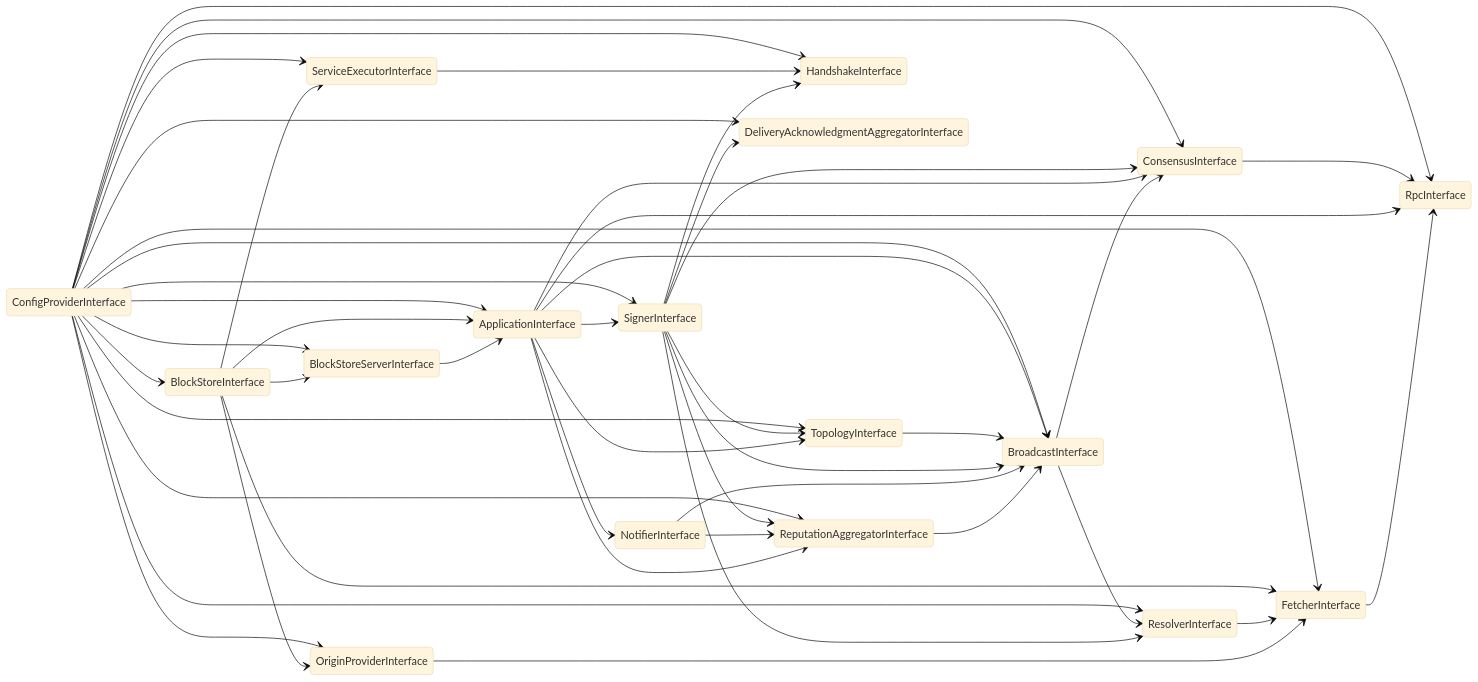
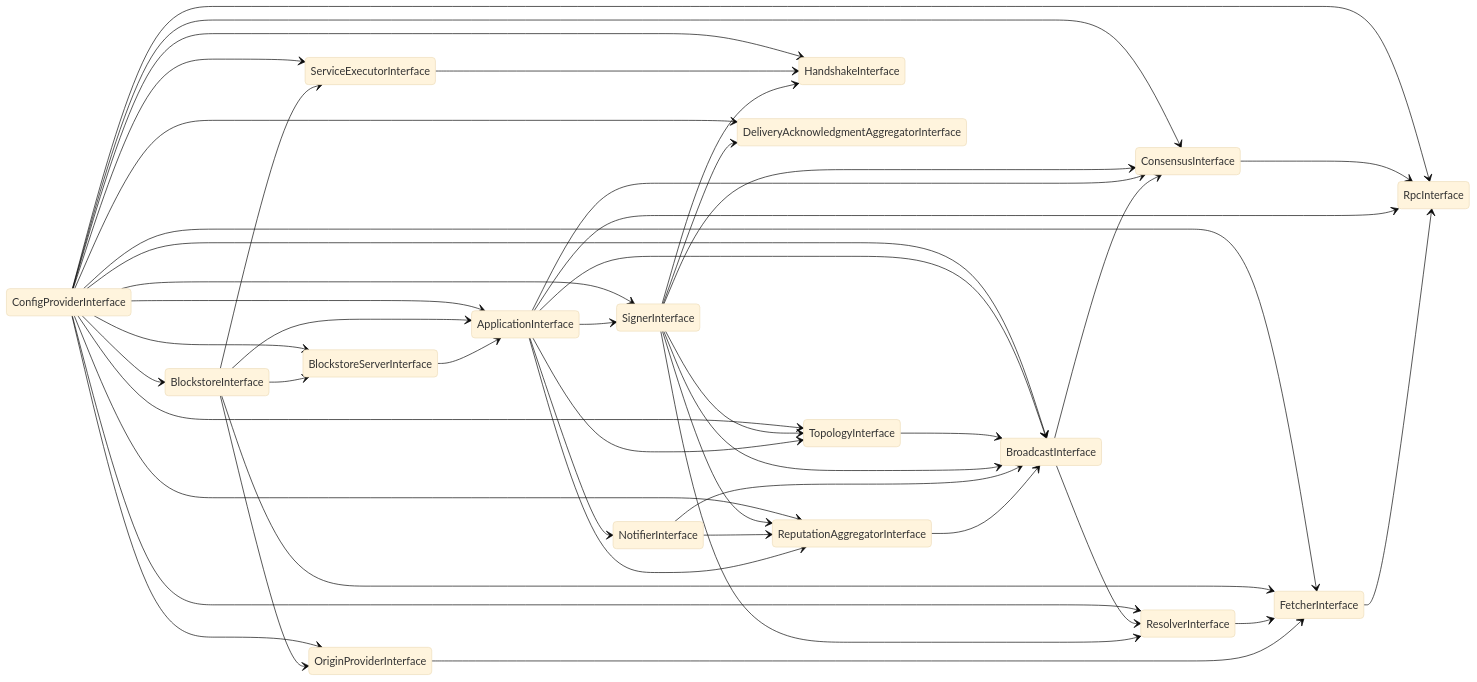
Before and after one commit to fleek-network/lightning: the diagram in core/cli/development.md, drawn with Mermaid (base theme). The commit also changed 46 other files, not shown here.

Commit message:
refactor: s/BlockStore/Blockstore/g

````diff
--- a/core/cli/development.md
+++ b/core/cli/development.md
@@ -6,50 +6,50 @@
 ```mermaid
 stateDiagram-v2
   direction LR
   ConfigProviderInterface --> ApplicationInterface
-  BlockStoreInterface --> ApplicationInterface
-  BlockStoreServerInterface --> ApplicationInterface
-  ConfigProviderInterface --> BlockStoreInterface
-  ConfigProviderInterface --> BlockStoreServerInterface
-  BlockStoreInterface --> BlockStoreServerInterface
+  BlockstoreInterface --> ApplicationInterface
+  BlockstoreServerInterface --> ApplicationInterface
+  ConfigProviderInterface --> BlockstoreInterface
+  ConfigProviderInterface --> BlockstoreServerInterface
+  BlockstoreInterface --> BlockstoreServerInterface
   ConfigProviderInterface --> BroadcastInterface
   ApplicationInterface --> BroadcastInterface
   TopologyInterface --> BroadcastInterface
   SignerInterface --> BroadcastInterface
   NotifierInterface --> BroadcastInterface
   ReputationAggregatorInterface --> BroadcastInterface
   ConfigProviderInterface --> TopologyInterface
   SignerInterface --> TopologyInterface
   ApplicationInterface --> TopologyInterface
   ConfigProviderInterface --> ConsensusInterface
   SignerInterface --> ConsensusInterface
   ApplicationInterface --> ConsensusInterface
   BroadcastInterface --> ConsensusInterface
   ConfigProviderInterface --> HandshakeInterface
   ServiceExecutorInterface --> HandshakeInterface
   SignerInterface --> HandshakeInterface
   ApplicationInterface --> NotifierInterface
   ConfigProviderInterface --> OriginProviderInterface
-  BlockStoreInterface --> OriginProviderInterface
+  BlockstoreInterface --> OriginProviderInterface
   ConfigProviderInterface --> DeliveryAcknowledgmentAggregatorInterface
   SignerInterface --> DeliveryAcknowledgmentAggregatorInterface
   ConfigProviderInterface --> ReputationAggregatorInterface
   SignerInterface --> ReputationAggregatorInterface
   NotifierInterface --> ReputationAggregatorInterface
   ApplicationInterface --> ReputationAggregatorInterface
   ConfigProviderInterface --> ResolverInterface
   BroadcastInterface --> ResolverInterface
   SignerInterface --> ResolverInterface
   ConfigProviderInterface --> RpcInterface
   ConsensusInterface --> RpcInterface
   ApplicationInterface --> RpcInterface
   FetcherInterface --> RpcInterface
   ConfigProviderInterface --> ServiceExecutorInterface
-  BlockStoreInterface --> ServiceExecutorInterface
+  BlockstoreInterface --> ServiceExecutorInterface
   ConfigProviderInterface --> SignerInterface
   ApplicationInterface --> SignerInterface
   ConfigProviderInterface --> FetcherInterface
-  BlockStoreInterface --> FetcherInterface
+  BlockstoreInterface --> FetcherInterface
   ResolverInterface --> FetcherInterface
   OriginProviderInterface --> FetcherInterface
 ```
````
